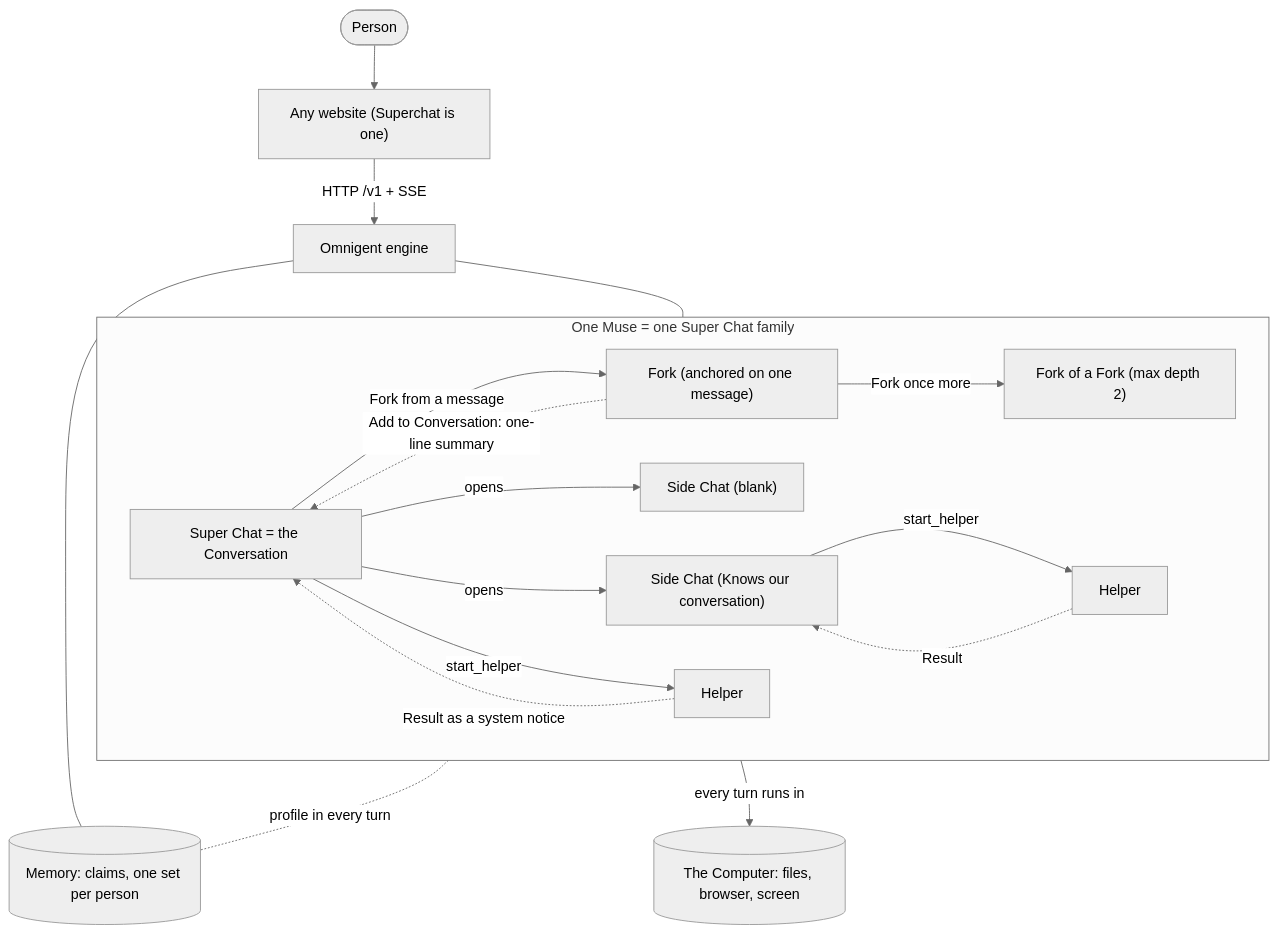
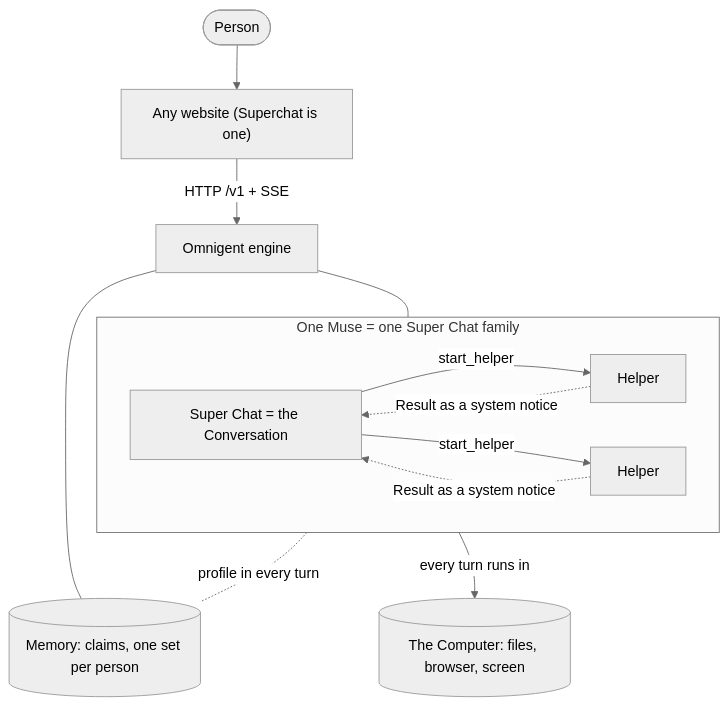
The diagram in docs/super-chat/README.md (routifai/bot-grok), drawn with Mermaid (neutral theme) before and after one commit. The commit also changed other lines of this file and 83 other files, not shown here.

````diff
--- a/docs/super-chat/README.md
+++ b/docs/super-chat/README.md
@@ -50,29 +48,20 @@
 ```mermaid
 flowchart TB
   person([Person]) --> web["Any website (Superchat is one)"]
   web -- "HTTP /v1 + SSE" --> engine["Omnigent engine"]
 
   subgraph family["One Muse = one Super Chat family"]
     conv["Super Chat = the Conversation"]
-    side1["Side Chat (Knows our conversation)"]
-    side2["Side Chat (blank)"]
-    fork1["Fork (anchored on one message)"]
-    fork2["Fork of a Fork (max depth 2)"]
     help1["Helper"]
     help2["Helper"]
-    conv -- "opens" --> side1
-    conv -- "opens" --> side2
-    conv -- "Fork from a message" --> fork1
-    fork1 -- "Fork once more" --> fork2
     conv -- "start_helper" --> help1
-    side1 -- "start_helper" --> help2
+    conv -- "start_helper" --> help2
     help1 -. "Result as a system notice" .-> conv
-    help2 -. "Result" .-> side1
-    fork1 -. "Add to Conversation: one-line summary" .-> conv
+    help2 -. "Result as a system notice" .-> conv
   end
 
   engine --- family
   family -- "every turn runs in" --> computer[("The Computer: files, browser, screen")]
   engine --- memory[("Memory: claims, one set per person")]
   family -. "profile in every turn" .- memory
 ```
````
